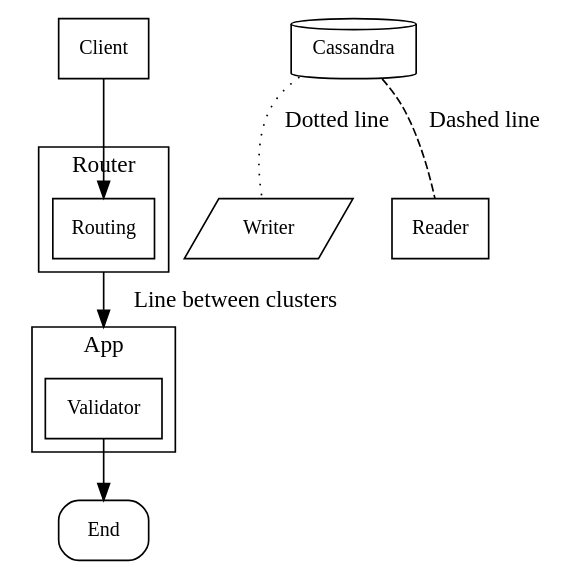
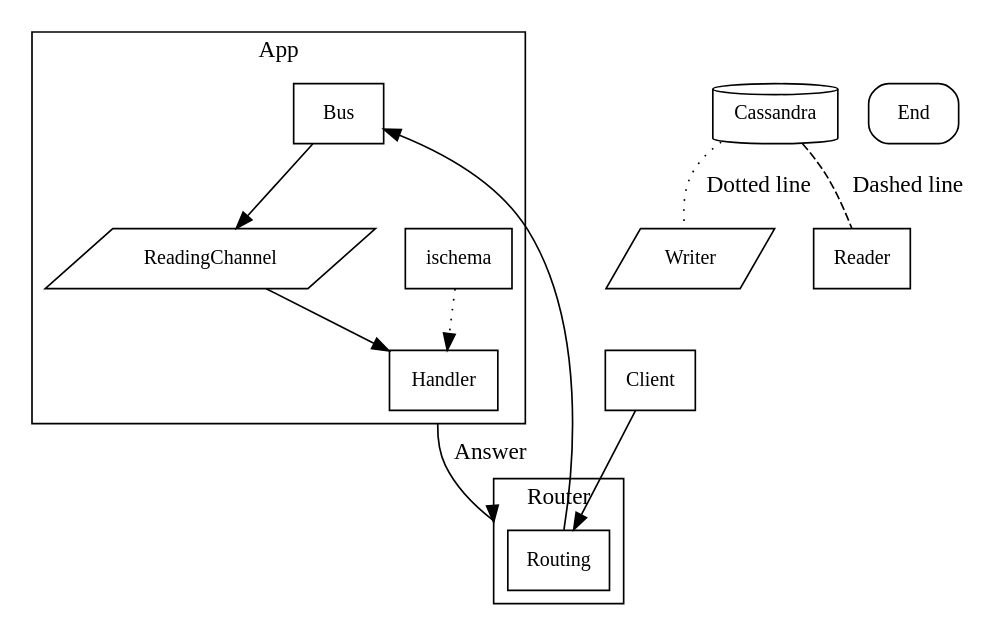
The diagram in flow.md (untillpro/diagrams), drawn with Graphviz before and after one commit.

````diff
--- a/flow.md
+++ b/flow.md
@@ -1,26 +1,34 @@
 ```dot
 digraph graphname {
     node [ fontname = "Cambria" shape = "rect" fontsize = 12]
     compound=true
 
     subgraph cluster_router {
         label = "Router"
         Routing
     }
     subgraph cluster_app {
         label = "App";
-        Validator
+        Handler
+        ischema
+        Bus
+        ReadingChannel
     }
 
     Cassandra[shape=cylinder]
     Writer[shape=parallelogram]
+    ReadingChannel[shape=parallelogram]
     End[style=rounded]
 
     Client -> Routing
-    Routing -> Validator [label="Line between clusters" ltail=cluster_router lhead=cluster_app]
-    Validator -> End
+    Handler -> Routing [label="Answer" ltail=cluster_app lhead=cluster_router]
+    Routing -> Bus
+    Bus -> ReadingChannel
+    ReadingChannel -> Handler
+    ischema -> Handler[style=dotted]
+
 
     Cassandra -> Writer [label="Dotted line" style=dotted dir=none]
     Cassandra -> Reader [label="Dashed line" style=dashed dir=none]    
 }
 ```
````
